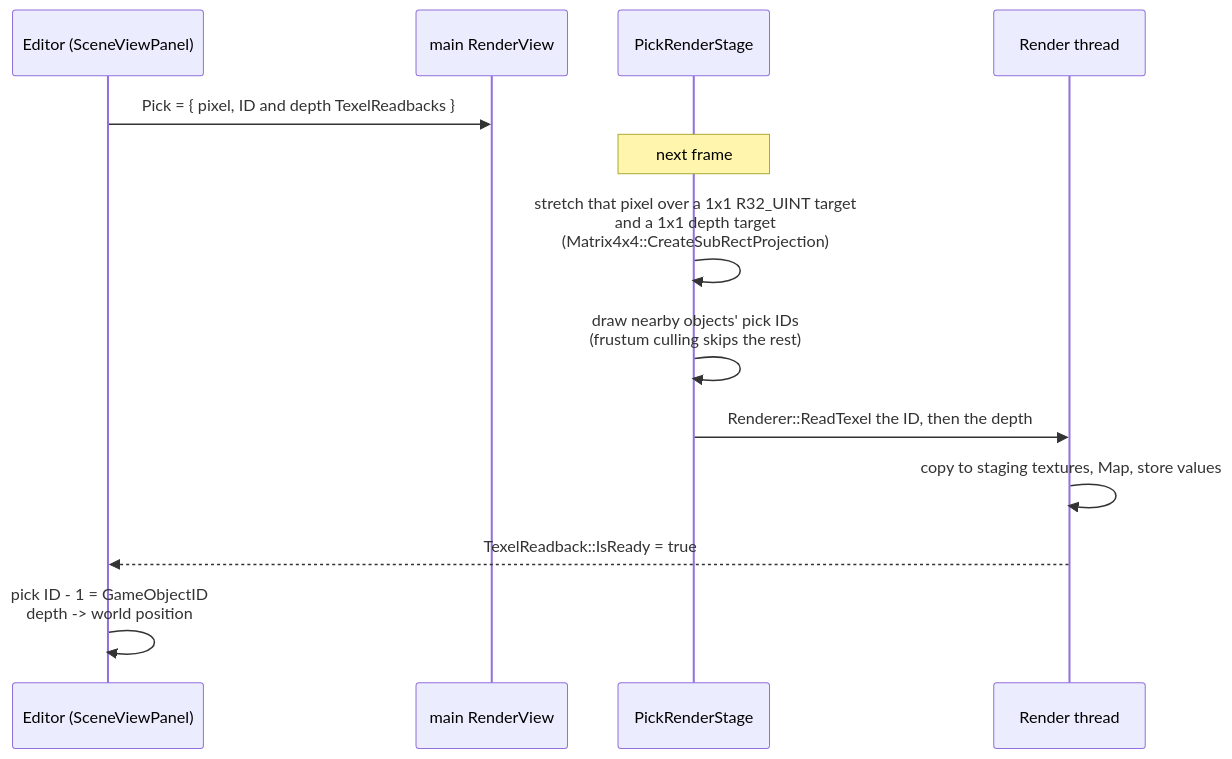
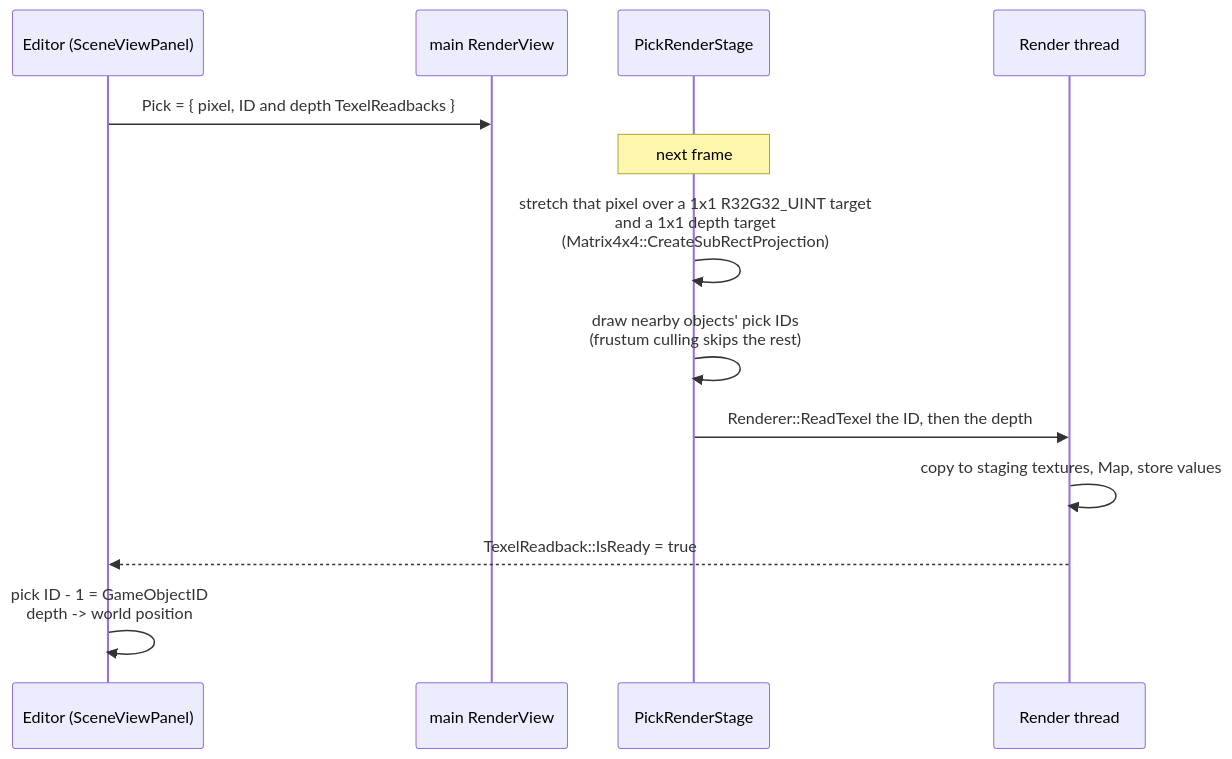
The fourth of 4 diagrams in Docs/Generated/Engine/04-Rendering/Render-Stages.md (b1nary0/RZE), drawn with Mermaid before and after one commit. The commit also changed other lines of this file and 7 other files, not shown here.

````diff
--- a/Docs/Generated/Engine/04-Rendering/Render-Stages.md
+++ b/Docs/Generated/Engine/04-Rendering/Render-Stages.md
@@ -190,16 +190,16 @@
 ```mermaid
 %%{init: {'flowchart': {'subGraphTitleMargin': {'top': 6, 'bottom': 10}}, 'themeCSS': '.labelBkg, .edgeLabel { background-color: var(--background-primary) !important; } .messageText, .labelText, .loopText { paint-order: stroke; stroke: var(--background-primary); stroke-width: 5px; stroke-linejoin: round; }'}}%%
 sequenceDiagram
     participant Ed as Editor (SceneViewPanel)
     participant View as main RenderView
     participant Pick as PickRenderStage
     participant RT as Render thread
     Ed->>View: Pick = { pixel, ID and depth TexelReadbacks }
     Note over Pick: next frame
-    Pick->>Pick: stretch that pixel over a 1x1 R32_UINT target<br/>and a 1x1 depth target<br/>(Matrix4x4::CreateSubRectProjection)
+    Pick->>Pick: stretch that pixel over a 1x1 R32G32_UINT target<br/>and a 1x1 depth target<br/>(Matrix4x4::CreateSubRectProjection)
     Pick->>Pick: draw nearby objects' pick IDs<br/>(frustum culling skips the rest)
     Pick->>RT: Renderer::ReadTexel the ID, then the depth
     RT->>RT: copy to staging textures, Map, store values
     RT-->>Ed: TexelReadback::IsReady = true
     Ed->>Ed: pick ID - 1 = GameObjectID<br/>depth -> world position
 ```
````
